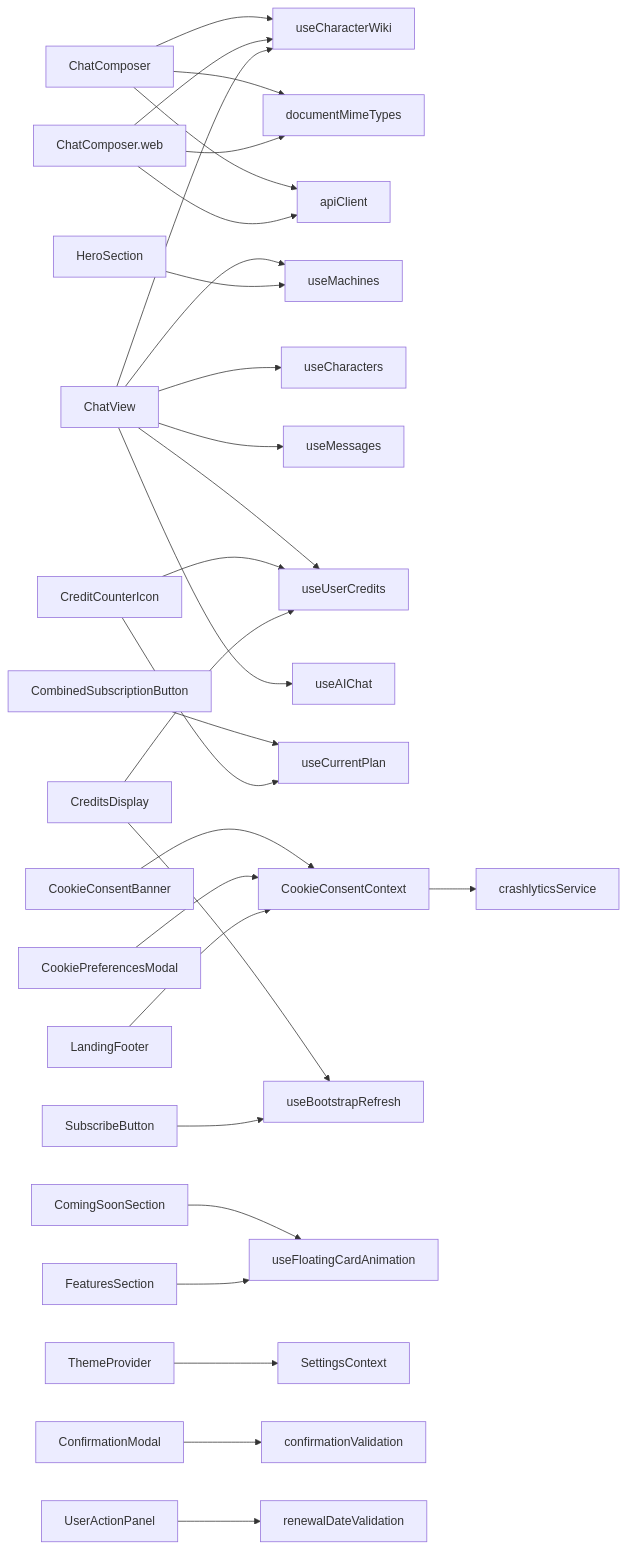
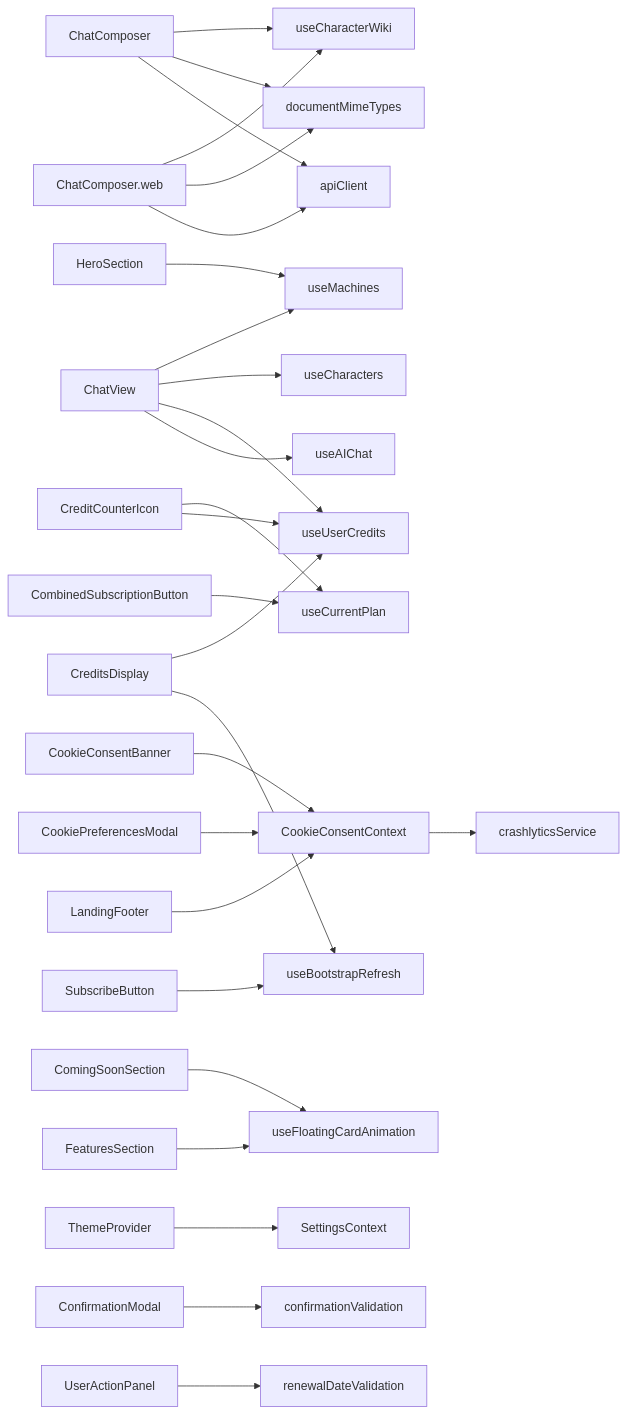
Before and after one commit to equationalapplications/clanker: the diagram in docs/flowcharts/COMPONENTS.md, drawn with Mermaid. The commit also changed 3 other files, not shown here.

Commit message:
docs(flowcharts): regenerate dependency charts after dev-sandbox changes

````diff
--- a/docs/flowcharts/COMPONENTS.md
+++ b/docs/flowcharts/COMPONENTS.md
@@ -4,31 +4,29 @@
 ```mermaid
 graph LR
   ChatComposer --> useCharacterWiki
   ChatComposer --> documentMimeTypes
   ChatComposer --> apiClient
   ChatComposer.web --> useCharacterWiki
   ChatComposer.web --> documentMimeTypes
   ChatComposer.web --> apiClient
   ChatView --> useMachines
   ChatView --> useCharacters
-  ChatView --> useMessages
   ChatView --> useUserCredits
-  ChatView --> useCharacterWiki
   ChatView --> useAIChat
   CombinedSubscriptionButton --> useCurrentPlan
   CookieConsentBanner --> CookieConsentContext
   CookieConsentContext --> crashlyticsService
   CookiePreferencesModal --> CookieConsentContext
   CreditCounterIcon --> useCurrentPlan
   CreditCounterIcon --> useUserCredits
   CreditsDisplay --> useUserCredits
   CreditsDisplay --> useBootstrapRefresh
   ComingSoonSection --> useFloatingCardAnimation
   FeaturesSection --> useFloatingCardAnimation
   HeroSection --> useMachines
   LandingFooter --> CookieConsentContext
   SubscribeButton --> useBootstrapRefresh
   ThemeProvider --> SettingsContext
   ConfirmationModal --> confirmationValidation
   UserActionPanel --> renewalDateValidation
 ```
````
